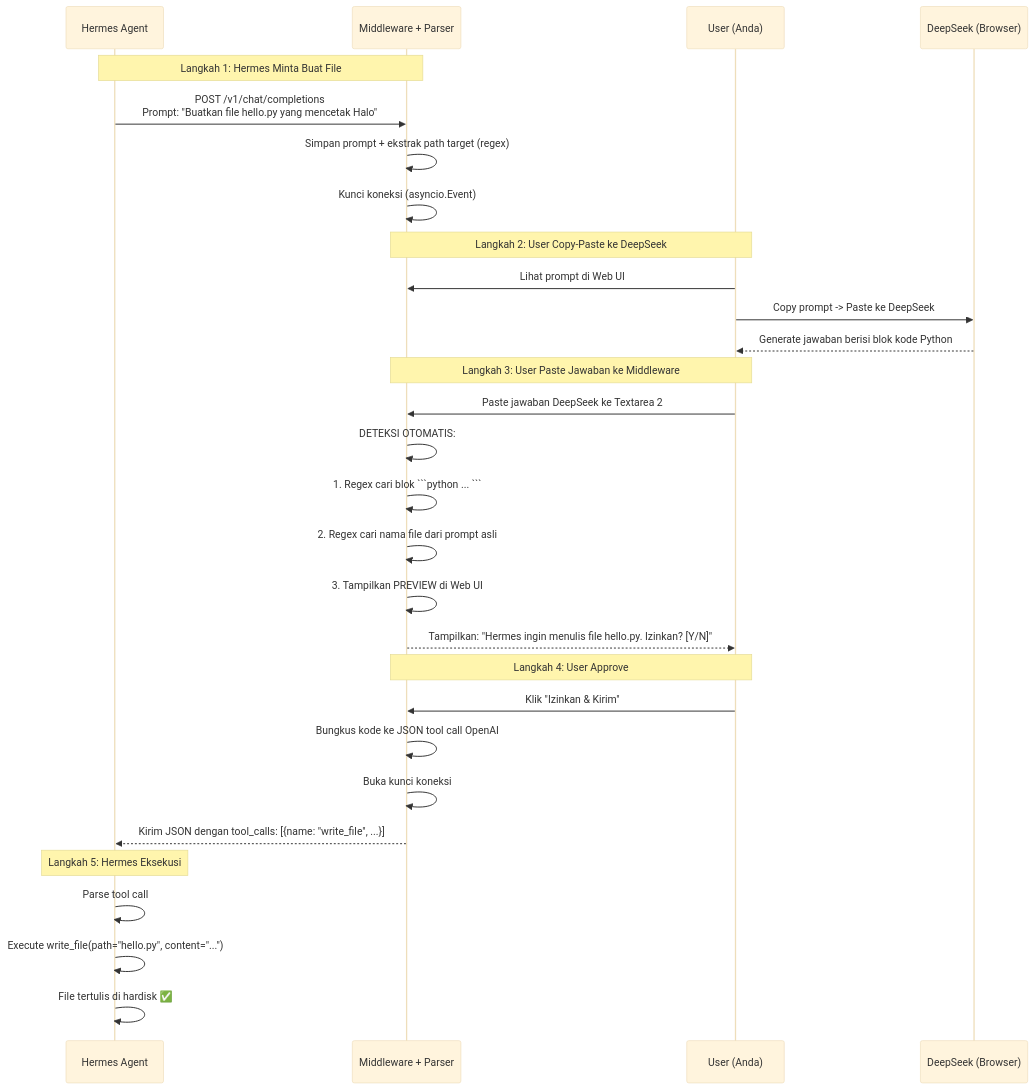
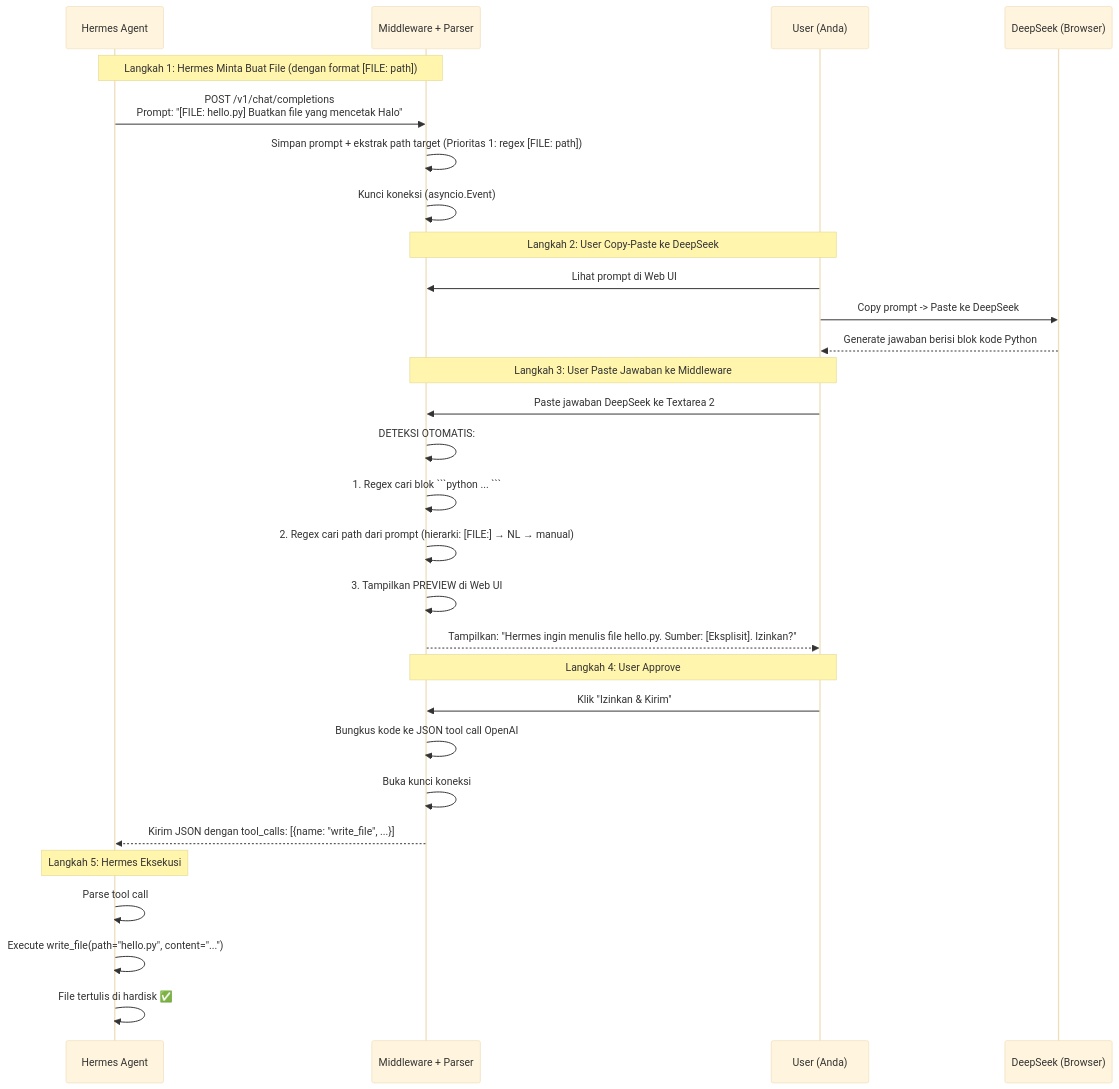
One commit to farhansyihab/hermes-manual-bridge changed the second of 2 diagrams in planning/Blueprint.md. Above: the diagram before and after it, drawn with Mermaid (base theme). The commit also changed other lines of this file, not shown here.

````diff
--- a/planning/Blueprint.md
+++ b/planning/Blueprint.md
@@ -71,36 +73,36 @@
 ```mermaid
 sequenceDiagram
     participant H as Hermes Agent
     participant M as Middleware + Parser
     participant U as User (Anda)
     participant D as DeepSeek (Browser)
-
-    Note over H, M: Langkah 1: Hermes Minta Buat File
-    H->>M: POST /v1/chat/completions<br/>Prompt: "Buatkan file hello.py yang mencetak Halo"
-    M->>M: Simpan prompt + ekstrak path target (regex)
+    
+    Note over H, M: Langkah 1: Hermes Minta Buat File (dengan format [FILE: path])
+    H->>M: POST /v1/chat/completions<br/>Prompt: "[FILE: hello.py] Buatkan file yang mencetak Halo"
+    M->>M: Simpan prompt + ekstrak path target (Prioritas 1: regex [FILE: path])
     M->>M: Kunci koneksi (asyncio.Event)
-
+    
     Note over M, U: Langkah 2: User Copy-Paste ke DeepSeek
     U->>M: Lihat prompt di Web UI
     U->>D: Copy prompt -> Paste ke DeepSeek
     D-->>U: Generate jawaban berisi blok kode Python
-
+    
     Note over M, U: Langkah 3: User Paste Jawaban ke Middleware
     U->>M: Paste jawaban DeepSeek ke Textarea 2
     M->>M: DETEKSI OTOMATIS:
     M->>M: 1. Regex cari blok ```python ... ```
-    M->>M: 2. Regex cari nama file dari prompt asli
+    M->>M: 2. Regex cari path dari prompt (hierarki: [FILE:] → NL → manual)
     M->>M: 3. Tampilkan PREVIEW di Web UI
-    M-->>U: Tampilkan: "Hermes ingin menulis file hello.py. Izinkan? [Y/N]"
-
+    M-->>U: Tampilkan: "Hermes ingin menulis file hello.py. Sumber: [Eksplisit]. Izinkan?"
+    
     Note over M, U: Langkah 4: User Approve
     U->>M: Klik "Izinkan & Kirim"
     M->>M: Bungkus kode ke JSON tool call OpenAI
     M->>M: Buka kunci koneksi
     M-->>H: Kirim JSON dengan tool_calls: [{name: "write_file", ...}]
-
+    
     Note over H: Langkah 5: Hermes Eksekusi
     H->>H: Parse tool call
     H->>H: Execute write_file(path="hello.py", content="...")
     H->>H: File tertulis di hardisk ✅
 ```
````
